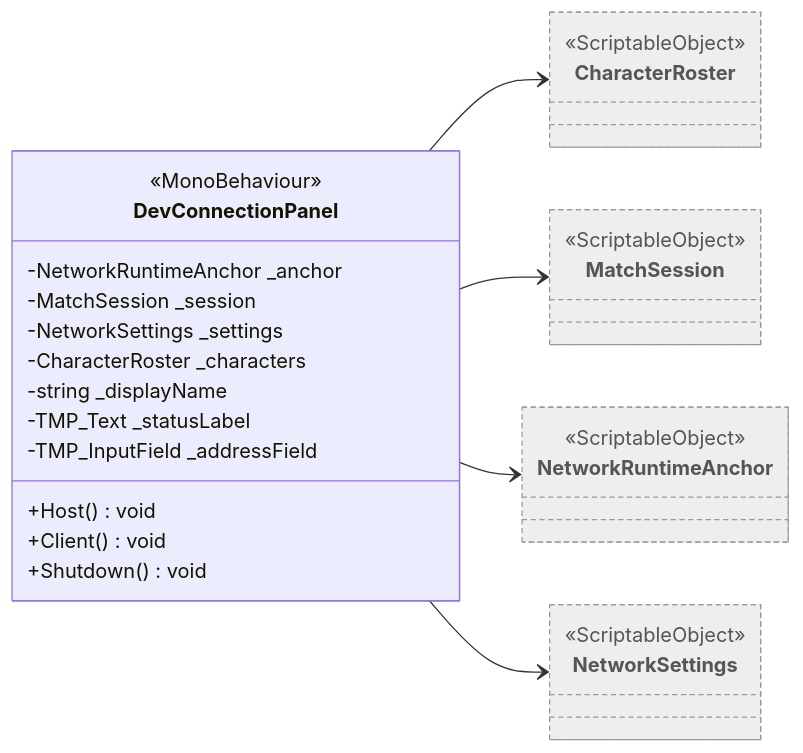
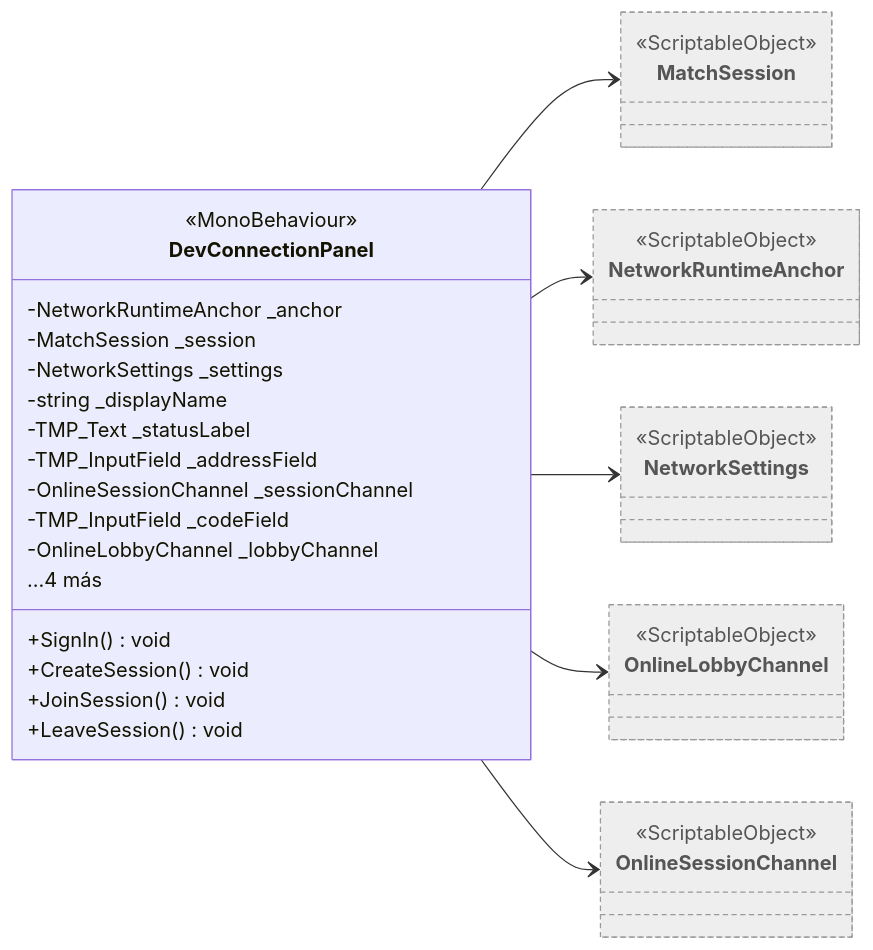
One commit to Chacashi/Alien-Farms changed the diagram in Docs/Arquitectura/Clases/Networking/DevConnectionPanel.md. Above: the diagram before and after it, drawn with Mermaid. The commit also changed other lines of this file and 257 other files, not shown here.

````diff
--- a/Docs/Arquitectura/Clases/Networking/DevConnectionPanel.md
+++ b/Docs/Arquitectura/Clases/Networking/DevConnectionPanel.md
@@ -18,30 +18,37 @@
 ```mermaid
 classDiagram
   direction LR
   class DevConnectionPanel {
     <<MonoBehaviour>>
     -NetworkRuntimeAnchor _anchor
     -MatchSession _session
     -NetworkSettings _settings
-    -CharacterRoster _characters
     -string _displayName
     -TMP_Text _statusLabel
     -TMP_InputField _addressField
-    +Host() void
-    +Client() void
-    +Shutdown() void
+    -OnlineSessionChannel _sessionChannel
+    -TMP_InputField _codeField
+    -OnlineLobbyChannel _lobbyChannel
+    +SignIn() void
+    +CreateSession() void
+    +JoinSession() void
+    +LeaveSession() void
+    ...4 más
   }
-  class CharacterRoster:::external
-  <<ScriptableObject>> CharacterRoster
   class MatchSession:::external
   <<ScriptableObject>> MatchSession
   class NetworkRuntimeAnchor:::external
   <<ScriptableObject>> NetworkRuntimeAnchor
   class NetworkSettings:::external
   <<ScriptableObject>> NetworkSettings
-  DevConnectionPanel --> CharacterRoster
+  class OnlineLobbyChannel:::external
+  <<ScriptableObject>> OnlineLobbyChannel
+  class OnlineSessionChannel:::external
+  <<ScriptableObject>> OnlineSessionChannel
   DevConnectionPanel --> MatchSession
   DevConnectionPanel --> NetworkRuntimeAnchor
   DevConnectionPanel --> NetworkSettings
+  DevConnectionPanel --> OnlineLobbyChannel
+  DevConnectionPanel --> OnlineSessionChannel
   classDef external fill:#eee,stroke:#999,stroke-dasharray: 4 3,color:#555
 ```
````
